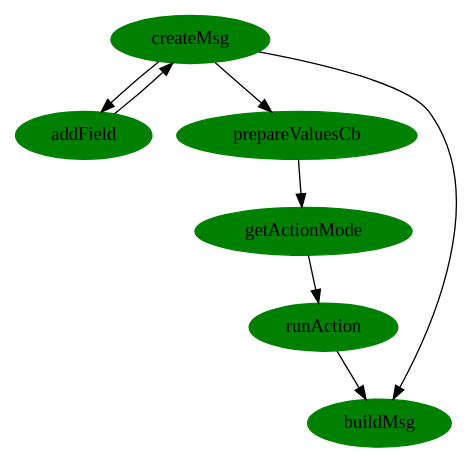
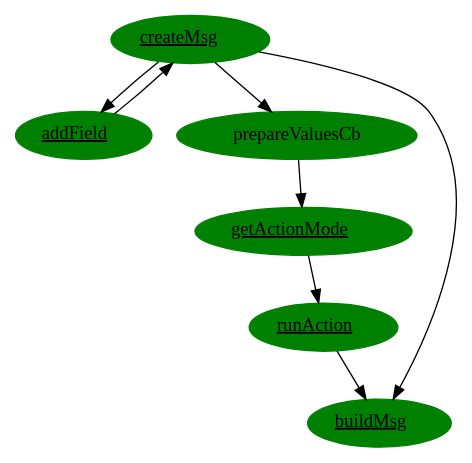
One commit to apwiede/nodemcu changed the diagram in dot_files/grp_createMsg.dot. Above: the diagram before and after it, drawn with Graphviz. The commit also changed 3 other files, not shown here.

```diff
--- a/dot_files/grp_createMsg.dot
+++ b/dot_files/grp_createMsg.dot
@@ -1,15 +1,15 @@
 digraph G22 {
-  createMsg[style="filled", color="green"];
+  createMsg[style="filled", color="green", label=<<u>createMsg</u>> URL="\ref createMsg"];
   createMsg -> addField;
-  addField[style="filled", color="green"];
+  addField[style="filled", color="green", label=<<u>addField</u>> URL="\ref addField"];
   addField -> createMsg;
   createMsg -> prepareValuesCb;
   prepareValuesCb[style="filled", color="green"];
   prepareValuesCb -> getActionMode;
-  getActionMode[style="filled", color="green"];
+  getActionMode[style="filled", color="green", label=<<u>getActionMode</u>> URL="\ref getActionMode"];
   getActionMode -> runAction;
-  runAction[style="filled", color="green"];
+  runAction[style="filled", color="green", label=<<u>runAction</u>> URL="\ref runAction"];
   runAction -> buildMsg;
-  buildMsg[style="filled", color="green"];
+  buildMsg[style="filled", color="green", label=<<u>buildMsg</u>> URL="\ref buildMsg"];
   createMsg -> buildMsg;
 }
```
